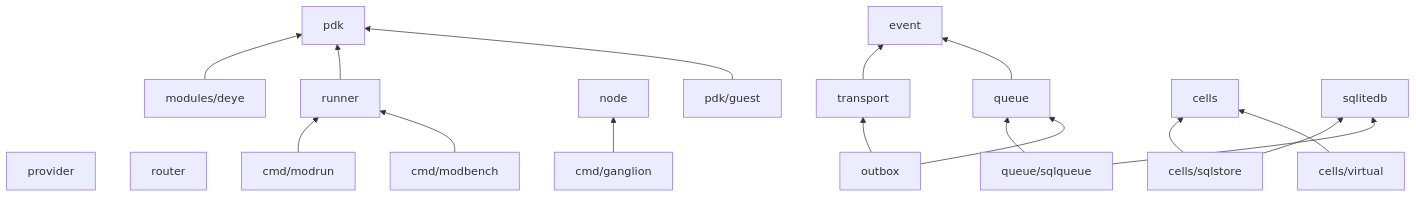
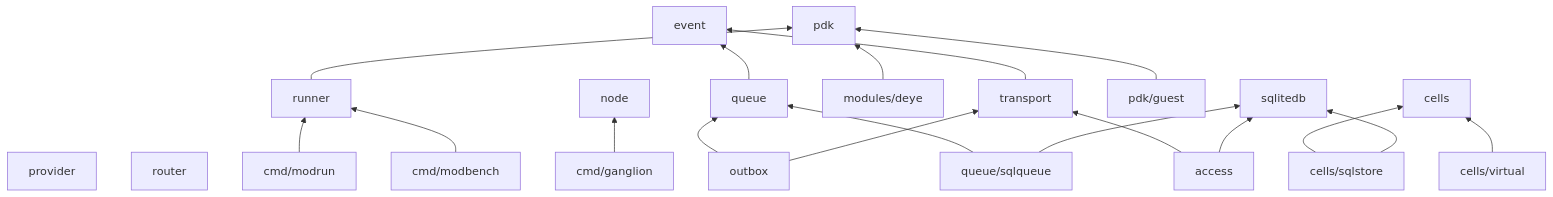
One commit to igorrius/ganglion changed the diagram in docs/architecture/05-code-map.md. Above: the diagram before and after it, drawn with Mermaid. The commit also changed other lines of this file and 5 other files, not shown here.

````diff
--- a/docs/architecture/05-code-map.md
+++ b/docs/architecture/05-code-map.md
@@ -43,24 +44,26 @@
 ```mermaid
 flowchart BT
     event["event"]
     transport["transport"] --> event
     queue["queue"] --> event
     provider["provider"]
     router["router"]
     node["node"]
     cmd["cmd/ganglion"] --> node
     pdk["pdk"]
     deye["modules/deye"] --> pdk
     runner["runner"] --> pdk
     modrun["cmd/modrun"] --> runner
     modbench["cmd/modbench"] --> runner
     guest["pdk/guest"] --> pdk
     cellsp["cells"]
     sqlstore["cells/sqlstore"] --> cellsp
     sqlstore --> sqlitedb["sqlitedb"]
     virtualb["cells/virtual"] --> cellsp
     sqlqueue["queue/sqlqueue"] --> queue
     sqlqueue --> sqlitedb
     outboxp["outbox"] --> queue
     outboxp --> transport
+    accessp["access"] --> transport
+    accessp --> sqlitedb
 ```
````
